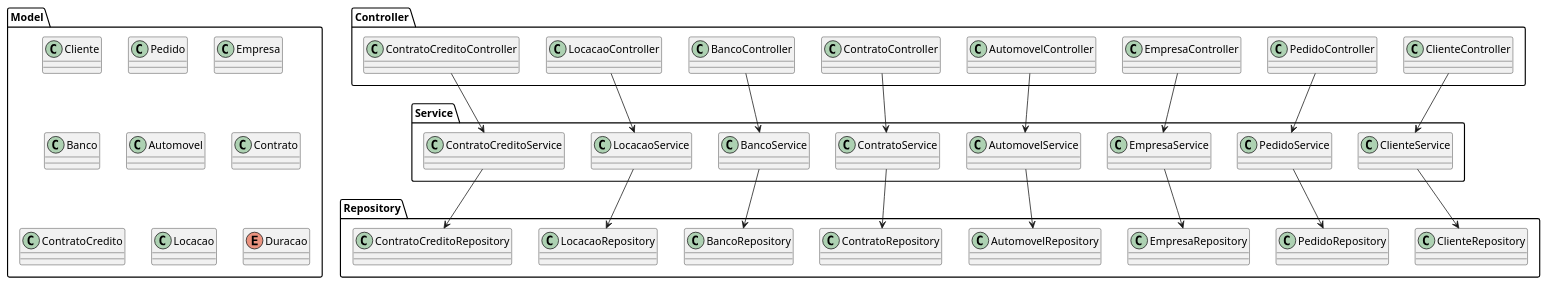
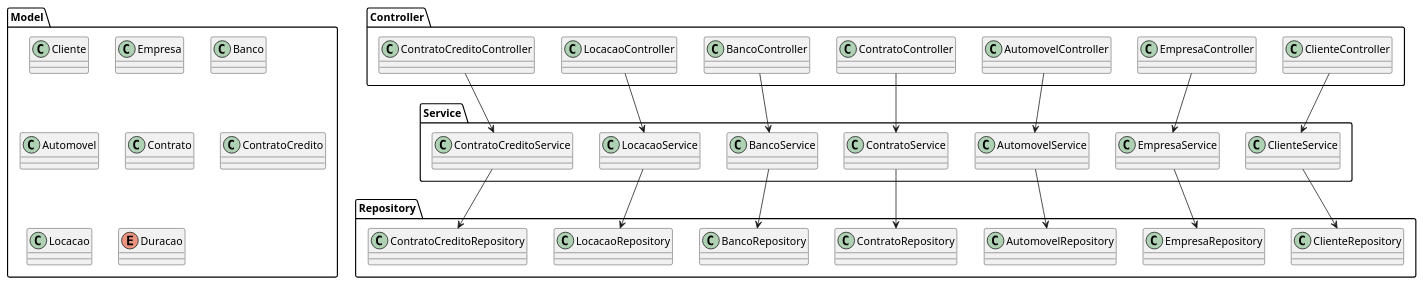
Before and after one commit to RafaMtF/LDS-Lab02: the diagram in project/code/packageDiagram.puml, drawn with PlantUML.

```diff
--- a/project/code/packageDiagram.puml
+++ b/project/code/packageDiagram.puml
@@ -1,66 +1,60 @@
 @startuml packageDiagram
 
 package "Controller" {
     class ClienteController
-    class PedidoController
     class EmpresaController
     class AutomovelController
     class ContratoController
     class BancoController
     class LocacaoController
     class ContratoCreditoController
 }
 
 package "Service" {
     class ClienteService
-    class PedidoService
     class EmpresaService
     class AutomovelService
     class ContratoService
     class BancoService
     class LocacaoService
     class ContratoCreditoService
 }
 
 package "Repository" {
     class ClienteRepository
-    class PedidoRepository
     class EmpresaRepository
     class AutomovelRepository
     class ContratoRepository
     class BancoRepository
     class LocacaoRepository
     class ContratoCreditoRepository
 }
 
 package "Model" {
     class Cliente
-    class Pedido
     class Empresa
     class Banco
     class Automovel
     class Contrato
     class ContratoCredito
     class Locacao
     enum Duracao
 }
 
 ClienteController --> ClienteService
-PedidoController --> PedidoService
 EmpresaController --> EmpresaService
 AutomovelController --> AutomovelService
 ContratoController --> ContratoService
 BancoController --> BancoService
 LocacaoController --> LocacaoService
 ContratoCreditoController --> ContratoCreditoService
 
 ClienteService --> ClienteRepository
-PedidoService --> PedidoRepository
 EmpresaService --> EmpresaRepository
 AutomovelService --> AutomovelRepository
 ContratoService --> ContratoRepository
 BancoService --> BancoRepository
 LocacaoService --> LocacaoRepository
 ContratoCreditoService --> ContratoCreditoRepository
 
 @enduml
```
